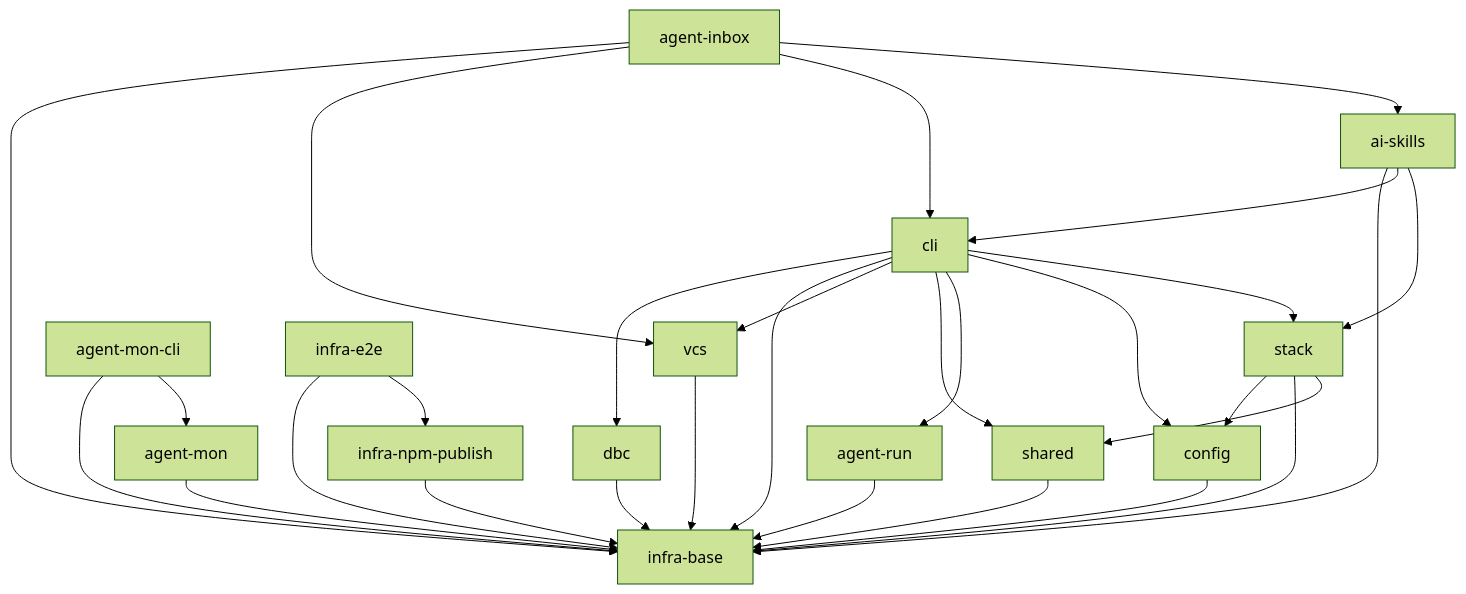
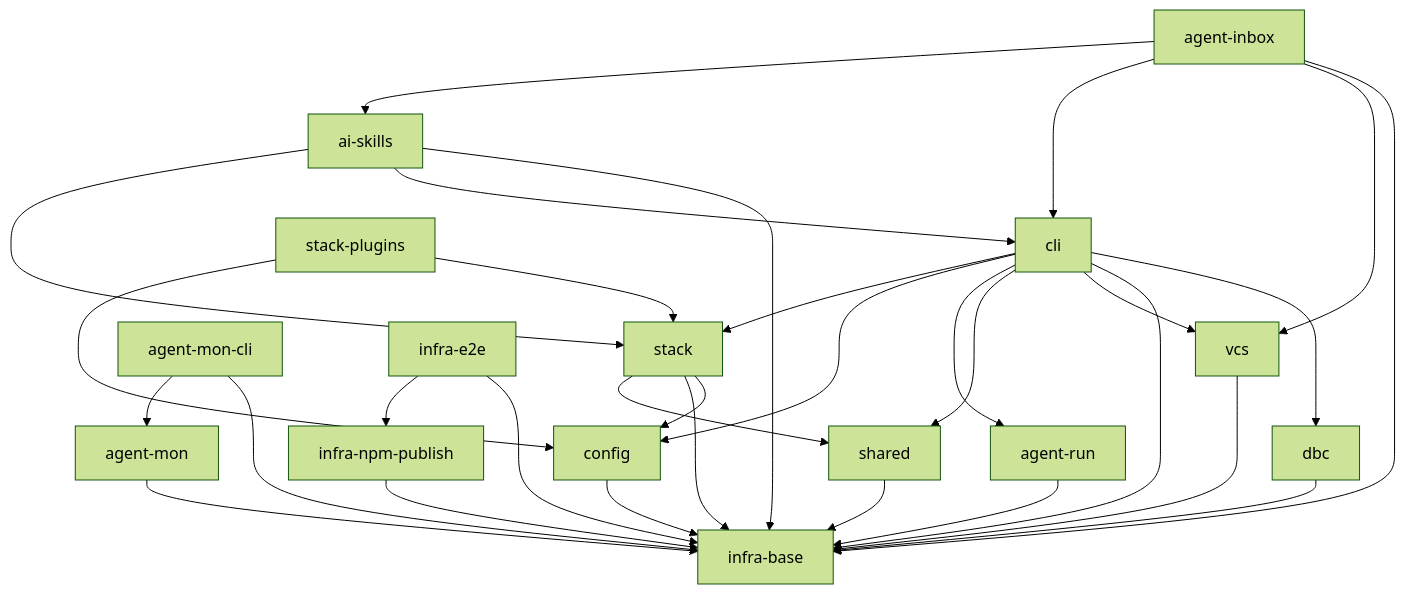
The diagram in specs/README.md (RubaXa/gennady), drawn with Mermaid (forest theme) before and after one commit. The commit also changed other lines of this file and 2 other files, not shown here.

````diff
--- a/specs/README.md
+++ b/specs/README.md
@@ -9,31 +9,33 @@
 ```mermaid
 graph TD
     cli --> dbc
     cli --> infra-base
     cli --> vcs
     cli --> shared
     dbc --> infra-base
     vcs --> infra-base
     agent-mon --> infra-base
     agent-mon-cli --> infra-base
     agent-mon-cli --> agent-mon
     agent-run --> infra-base
     cli --> agent-run
     ai-skills --> infra-base
     ai-skills --> cli
     infra-npm-publish --> infra-base
     agent-inbox --> infra-base
     agent-inbox --> vcs
     agent-inbox --> cli
     agent-inbox --> ai-skills
     shared --> infra-base
     infra-e2e --> infra-base
     infra-e2e --> infra-npm-publish
     config --> infra-base
+    stack-plugins --> stack
+    stack-plugins --> config
     stack --> config
     cli --> config
     stack --> infra-base
     stack --> shared
     cli --> stack
     ai-skills --> stack
 ```
````
